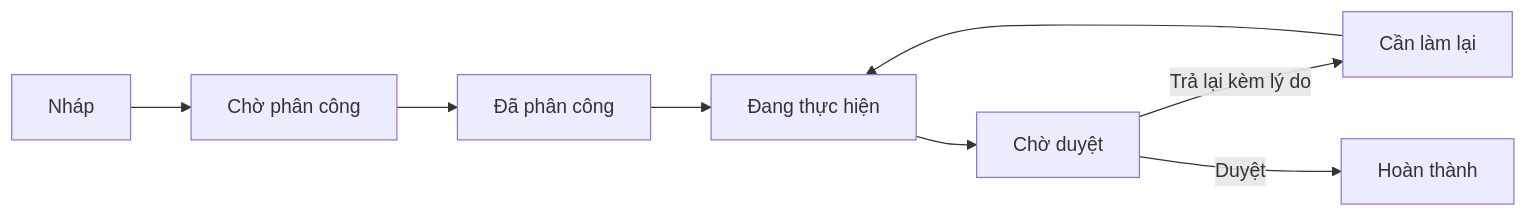
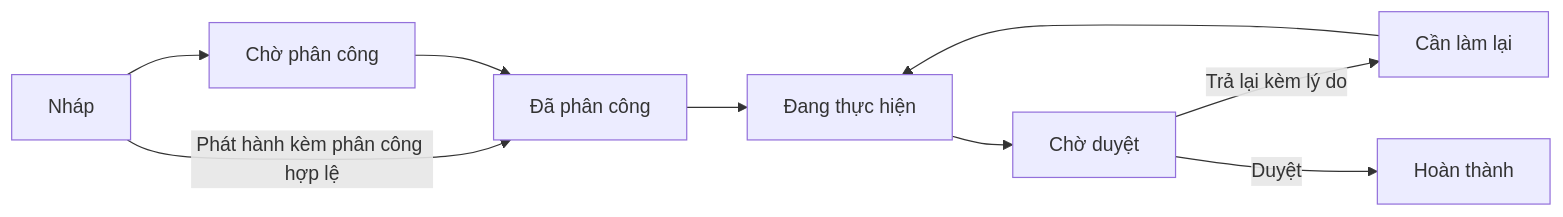
Before and after one commit to hieubuiVMUS2K4/Martime_product_2.0: the second of 2 diagrams in docs/plans/PMS_JOB_LIST_WORK_ORDER_SEPARATION_PLAN_2026-10-25.md, drawn with Mermaid. The commit also changed other lines of this file and 46 other files, not shown here.

````diff
--- a/docs/plans/PMS_JOB_LIST_WORK_ORDER_SEPARATION_PLAN_2026-10-25.md
+++ b/docs/plans/PMS_JOB_LIST_WORK_ORDER_SEPARATION_PLAN_2026-10-25.md
@@ -132,10 +139,11 @@
 ```mermaid
 flowchart LR
     A[Nháp] --> B[Chờ phân công]
+    A -->|Phát hành kèm phân công hợp lệ| C[Đã phân công]
     B --> C[Đã phân công]
     C --> D[Đang thực hiện]
     D --> E[Chờ duyệt]
     E -->|Trả lại kèm lý do| F[Cần làm lại]
     F --> D
     E -->|Duyệt| G[Hoàn thành]
 ```
````
